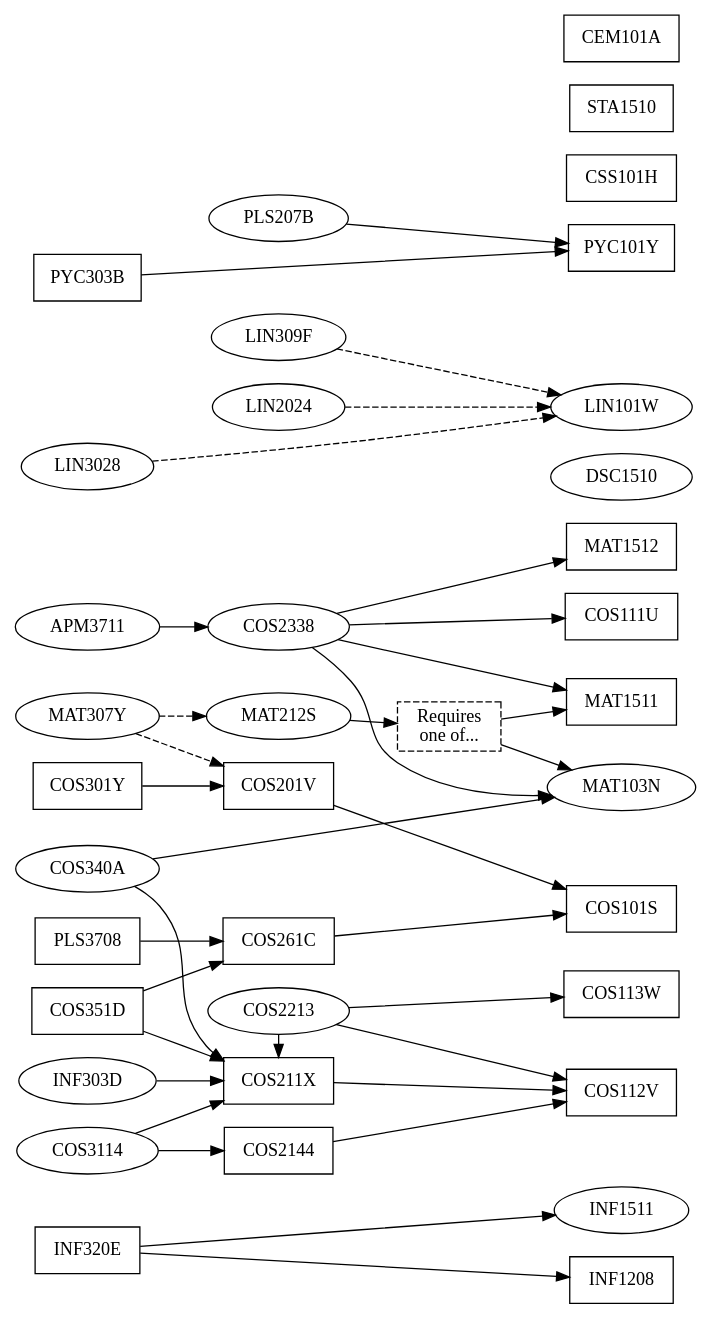
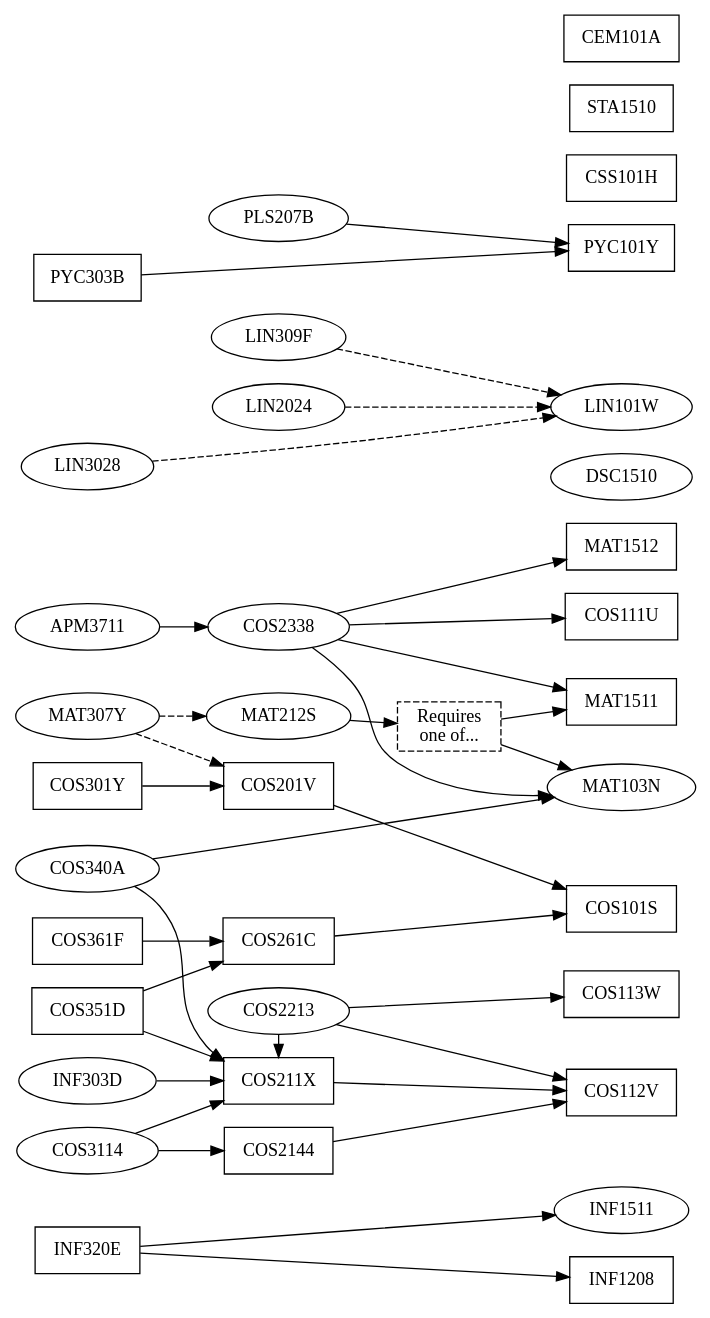
Before and after one commit to apauley/unisa-module-graph: the diagram in ComputationalIntelligence.dot, drawn with Graphviz.

Commit message:
Rename PLS3708 to COS361F

```diff
--- a/ComputationalIntelligence.dot
+++ b/ComputationalIntelligence.dot
@@ -1,51 +1,51 @@
 digraph ComputationalIntelligence {
     node [shape=box];
     rankdir=LR;
 
     // Optional modules are ellipse-shaped
     {node [shape=ellipse];
     INF1511 MAT103N DSC1510 LIN101W
     COS2213 COS2338 MAT212S LIN309F LIN2024 PLS207B
     COS3114 APM3711 MAT307Y INF303D LIN3028 COS340A}
 
-    {rank=same; COS301Y INF320E COS351D PLS3708}
+    {rank=same; COS301Y INF320E COS351D COS361F}
     {rank=same; COS3114 APM3711 MAT307Y COS340A}
     {rank=same; INF303D LIN3028 PYC303B}
 
     {rank=same; COS201V COS211X COS261C COS2144}
     {rank=same; COS2213 COS2338 MAT212S LIN309F LIN2024 PLS207B}
 
     {rank=same; COS101S COS112V COS113W INF1208 MAT1512 MAT1511 MAT103N PYC101Y COS111U LIN101W INF1511}
     {rank=same; DSC1510 CSS101H STA1510 CEM101A}
     {rank=max; DSC1510 COS101S}
 
     COS301Y -> {COS201V}
     INF320E -> {INF1208 INF1511}
     COS351D -> {COS211X COS261C}
-    PLS3708 -> {COS261C}
+    COS361F -> {COS261C}
     PYC303B -> {PYC101Y}
 
     COS3114 -> {COS211X COS2144}
     APM3711 -> {COS2338}
     MAT307Y -> {MAT212S COS201V} [style=dashed]
     INF303D -> {COS211X}
     LIN3028 -> {LIN101W} [style=dashed]
     COS340A -> {COS211X MAT103N}
 
 
     COS201V -> {COS101S}
     COS211X -> {COS112V}
     COS261C -> {COS101S}
     COS2144 -> {COS112V}
 
     {rank=same; COS2213 COS211X}
     COS2213 -> {COS112V COS113W}
     COS2213 -> {COS211X}
     COS2338 -> {COS111U MAT103N MAT1511 MAT1512}
     MAT103OR151 [label="Requires\none of...", style=dashed];
     MAT212S -> {MAT103OR151}
     MAT103OR151 -> {MAT103N MAT1511}
     LIN309F -> {LIN101W} [style=dashed]
     LIN2024 -> {LIN101W} [style=dashed]
     PLS207B -> {PYC101Y}
 }
```
